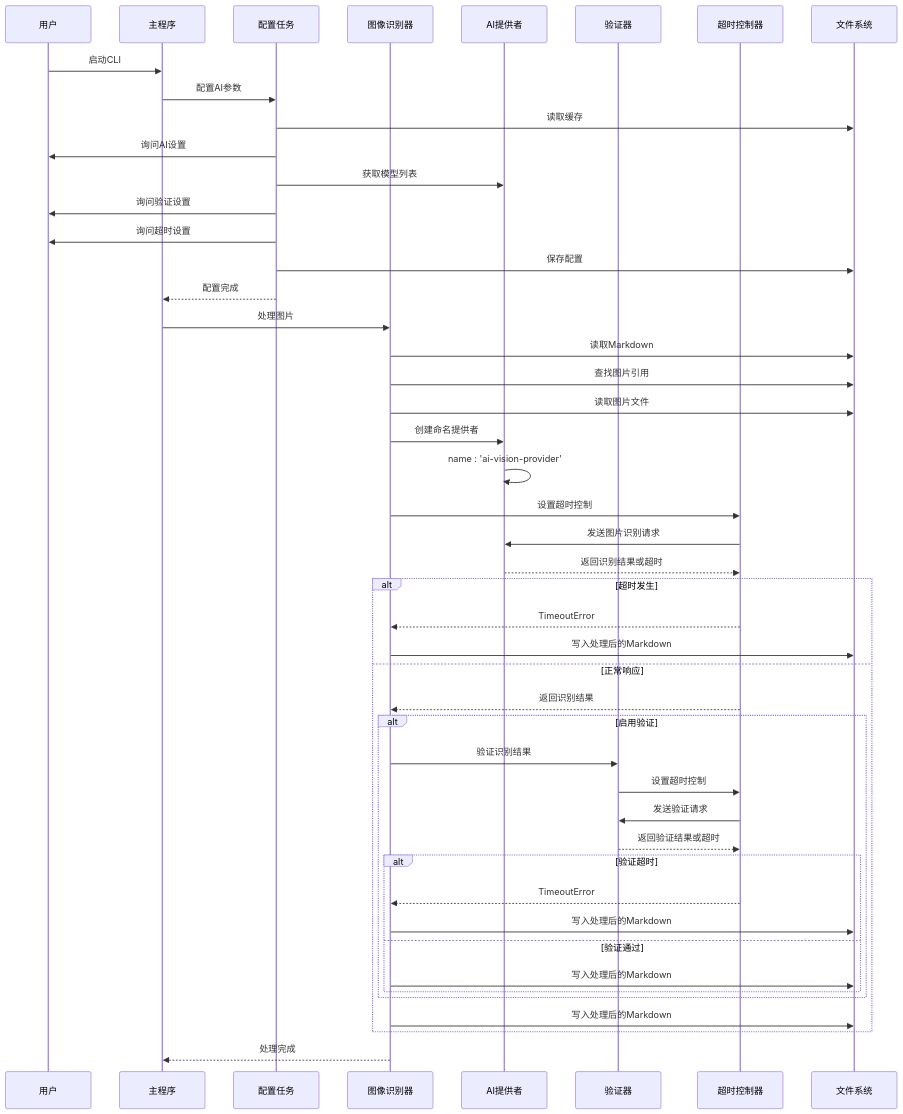
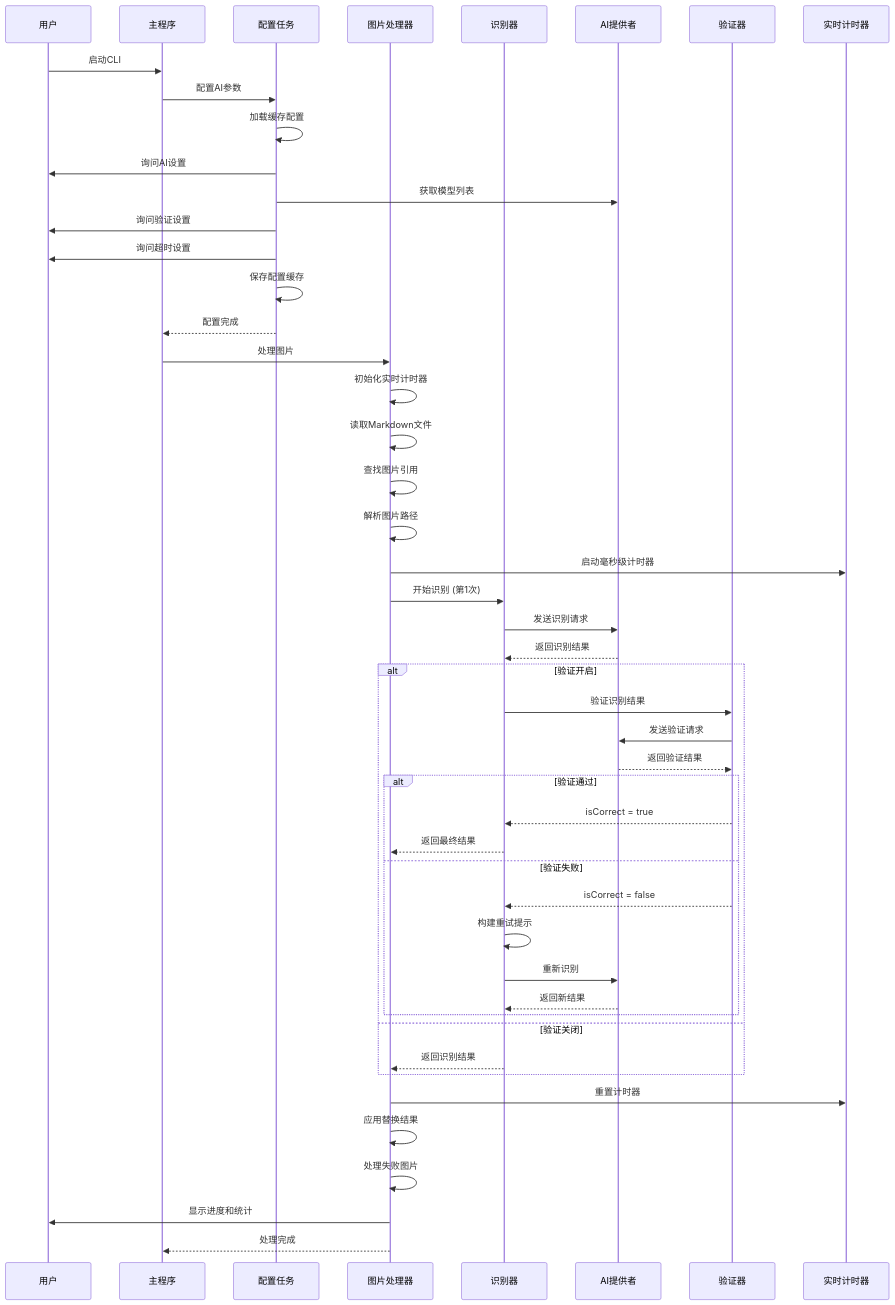
One commit to hllshiro/doc2md-cli changed the second of 8 diagrams in .qoder/repowiki/zh/content/转换模块详解/AI图像识别模块.md. Above: the diagram before and after it, drawn with Mermaid. The commit also changed other lines of this file and 11 other files, not shown here.

First line of the commit message:
refactor(imageRecognition): 重构AI图像识别模块为模块化架构

````diff
--- a/.qoder/repowiki/zh/content/转换模块详解/AI图像识别模块.md
+++ b/.qoder/repowiki/zh/content/转换模块详解/AI图像识别模块.md
@@ -116,49 +124,50 @@
 ```mermaid
 sequenceDiagram
 participant User as 用户
 participant Main as 主程序
 participant Config as 配置任务
-participant Recognizer as 图像识别器
+participant Processor as 图片处理器
+participant Recognizer as 识别器
 participant Provider as AI提供者
 participant Validator as 验证器
-participant Timeout as 超时控制器
-participant FS as 文件系统
+participant Timer as 实时计时器
 User->>Main : 启动CLI
 Main->>Config : 配置AI参数
-Config->>FS : 读取缓存
+Config->>Config : 加载缓存配置
 Config->>User : 询问AI设置
 Config->>Provider : 获取模型列表
 Config->>User : 询问验证设置
 Config->>User : 询问超时设置
-Config->>FS : 保存配置
+Config->>Config : 保存配置缓存
 Config-->>Main : 配置完成
-Main->>Recognizer : 处理图片
-Recognizer->>FS : 读取Markdown
-Recognizer->>FS : 查找图片引用
-Recognizer->>FS : 读取图片文件
-Recognizer->>Provider : 创建命名提供者
-Provider->>Provider : name : 'ai-vision-provider'
-Recognizer->>Timeout : 设置超时控制
-Timeout->>Provider : 发送图片识别请求
-Provider-->>Timeout : 返回识别结果或超时
-alt 超时发生
-Timeout-->>Recognizer : TimeoutError
-Recognizer->>FS : 写入处理后的Markdown
-else 正常响应
-Timeout-->>Recognizer : 返回识别结果
-alt 启用验证
+Main->>Processor : 处理图片
+Processor->>Processor : 初始化实时计时器
+Processor->>Processor : 读取Markdown文件
+Processor->>Processor : 查找图片引用
+Processor->>Processor : 解析图片路径
+Processor->>Timer : 启动毫秒级计时器
+Processor->>Recognizer : 开始识别 (第1次)
+Recognizer->>Provider : 发送识别请求
+Provider-->>Recognizer : 返回识别结果
+alt 验证开启
 Recognizer->>Validator : 验证识别结果
-Validator->>Timeout : 设置超时控制
-Timeout->>Validator : 发送验证请求
-Validator-->>Timeout : 返回验证结果或超时
-alt 验证超时
-Timeout-->>Recognizer : TimeoutError
-Recognizer->>FS : 写入处理后的Markdown
-else 验证通过
-Recognizer->>FS : 写入处理后的Markdown
+Validator->>Provider : 发送验证请求
+Provider-->>Validator : 返回验证结果
+alt 验证通过
+Validator-->>Recognizer : isCorrect = true
+Recognizer-->>Processor : 返回最终结果
+else 验证失败
+Validator-->>Recognizer : isCorrect = false
+Recognizer->>Recognizer : 构建重试提示
+Recognizer->>Provider : 重新识别
+Provider-->>Recognizer : 返回新结果
 end
+else 验证关闭
+Recognizer-->>Processor : 返回识别结果
 end
-Recognizer->>FS : 写入处理后的Markdown
-end
-Recognizer-->>Main : 处理完成
+Processor->>Timer : 重置计时器
+Processor->>Processor : 应用替换结果
+Processor->>Processor : 处理失败图片
+Processor->>User : 显示进度和统计
+Processor-->>Main : 处理完成
 ```
````
